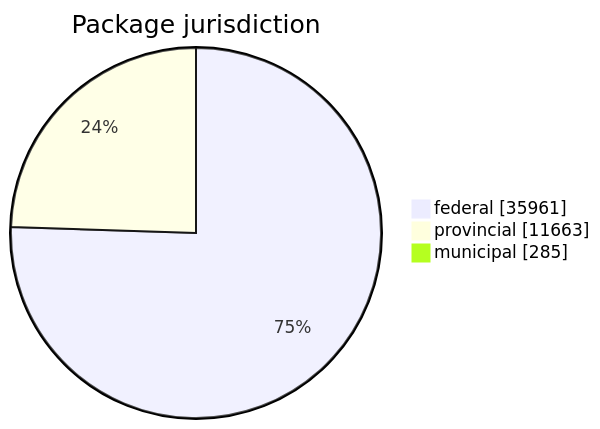
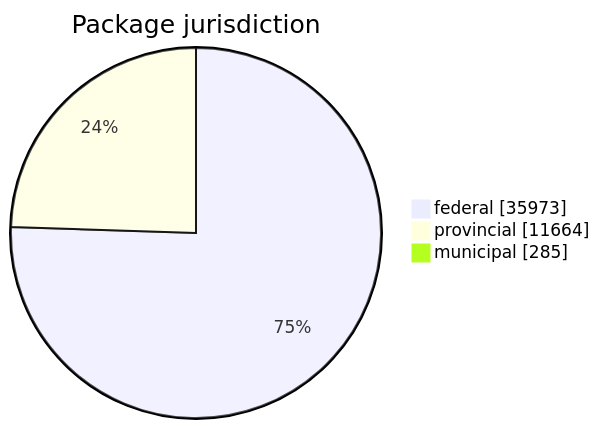
Before and after one commit to open-data/analytics-corporate-reporting: the first of 5 diagrams in FreshCheck/README.md, drawn with Mermaid. The commit also changed other lines of this file and 3 other files, not shown here.

````diff
--- a/FreshCheck/README.md
+++ b/FreshCheck/README.md
@@ -60,6 +60,6 @@
 ```mermaid
 pie showData title Package jurisdiction
-    "federal": 35961
-    "provincial": 11663
+    "federal": 35973
+    "provincial": 11664
     "municipal": 285
 ```
````
